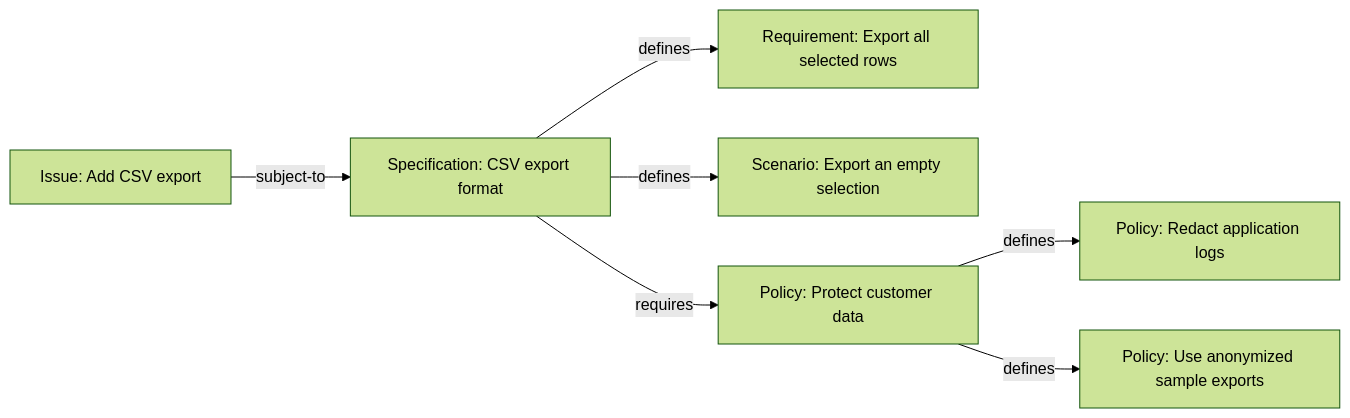
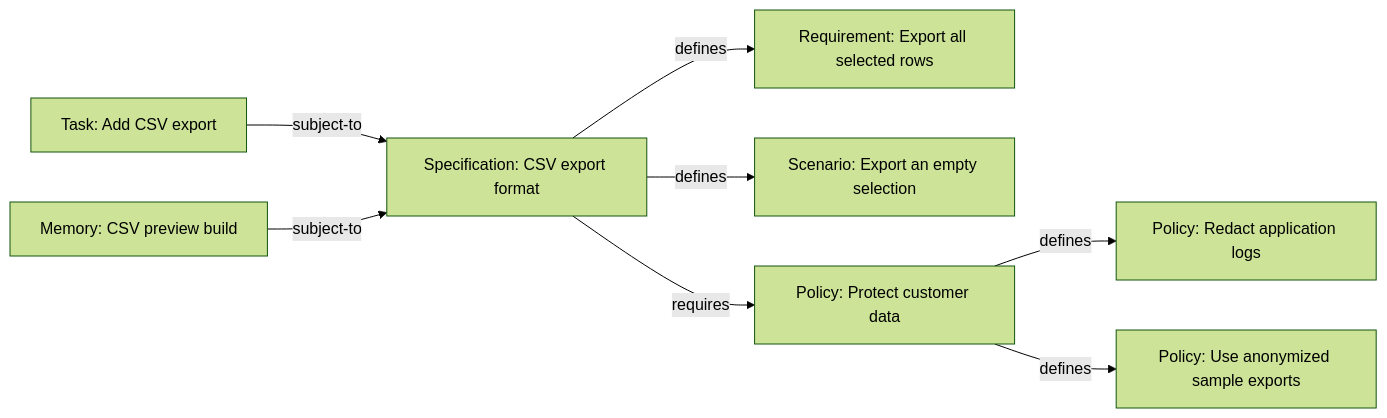
The second of 4 diagrams in specs/types/memory/memory.md (gastownhall/bdp), drawn with Mermaid (forest theme) before and after one commit. The commit also changed other lines of this file, not shown here.

Commit message:
docs(memory): expand the informative CSV walkthrough and align CLI sketch

````diff
--- a/specs/types/memory/memory.md
+++ b/specs/types/memory/memory.md
@@ -91,9 +113,10 @@
 ```mermaid
 flowchart LR
-    I["Issue: Add CSV export"] -->|subject-to| S["Specification: CSV export format"]
+    I["Task: Add CSV export"] -->|subject-to| S["Specification: CSV export format"]
+    B["Memory: CSV preview build"] -->|subject-to| S
     S -->|defines| R["Requirement: Export all selected rows"]
     S -->|defines| C["Scenario: Export an empty selection"]
     S -->|requires| P["Policy: Protect customer data"]
     P -->|defines| L["Policy: Redact application logs"]
     P -->|defines| E["Policy: Use anonymized sample exports"]
 ```
````
